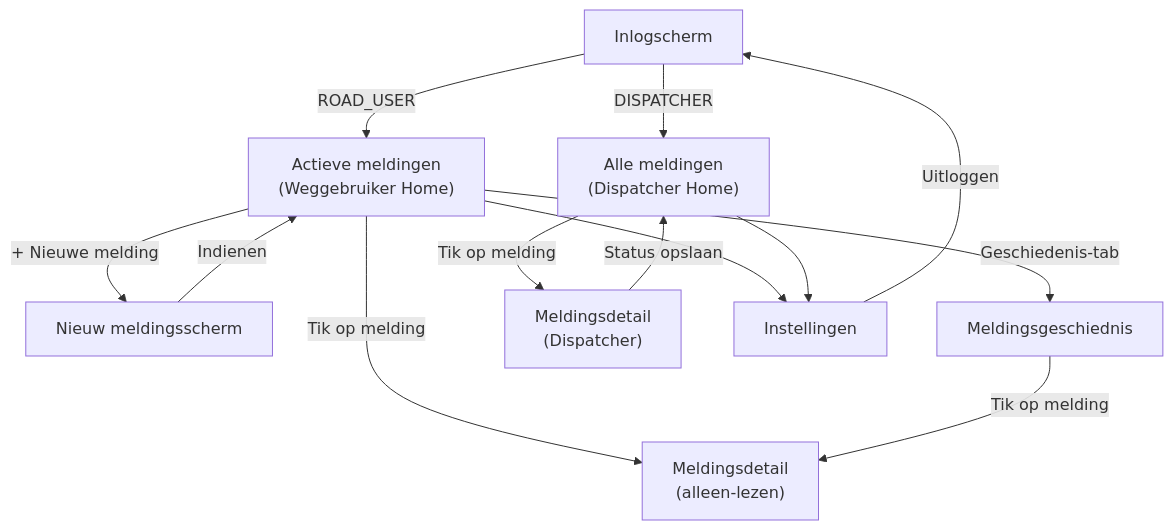
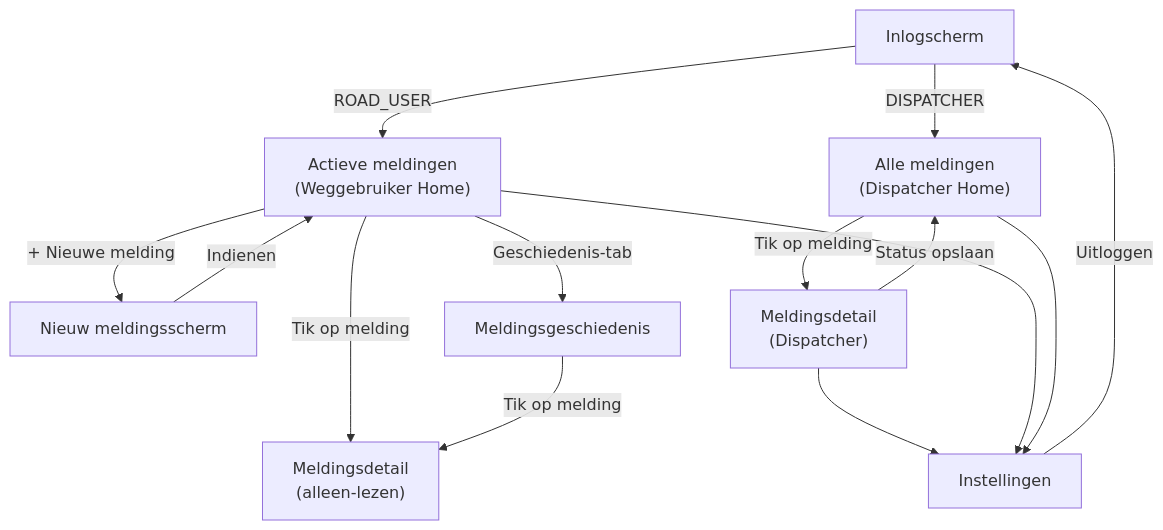
Before and after one commit to DevKoenv/RoadAssist: the fourth of 4 diagrams in docs/ontwerpdocument.md, drawn with Mermaid.

Commit message:
docs: fix typo and missing nav edge in ontwerpdocument

````diff
--- a/docs/ontwerpdocument.md
+++ b/docs/ontwerpdocument.md
@@ -572,21 +572,22 @@
 ```mermaid
 graph TD
     Login[Inlogscherm]
 
     Login -->|"ROAD_USER"| RUHome["Actieve meldingen\n(Weggebruiker Home)"]
     Login -->|"DISPATCHER"| DHome["Alle meldingen\n(Dispatcher Home)"]
 
     RUHome -->|"+ Nieuwe melding"| NewInc[Nieuw meldingsscherm]
     RUHome -->|"Tik op melding"| RUDetail["Meldingsdetail\n(alleen-lezen)"]
-    RUHome -->|"Geschiedenis-tab"| History[Meldingsgeschiednis]
+    RUHome -->|"Geschiedenis-tab"| History[Meldingsgeschiedenis]
     History -->|"Tik op melding"| RUDetail
 
     DHome -->|"Tik op melding"| DDetail["Meldingsdetail\n(Dispatcher)"]
     DDetail -->|"Status opslaan"| DHome
+    DDetail --> Settings
 
     NewInc -->|"Indienen"| RUHome
 
     RUHome --> Settings[Instellingen]
     DHome --> Settings
     Settings -->|"Uitloggen"| Login
 ```
````
